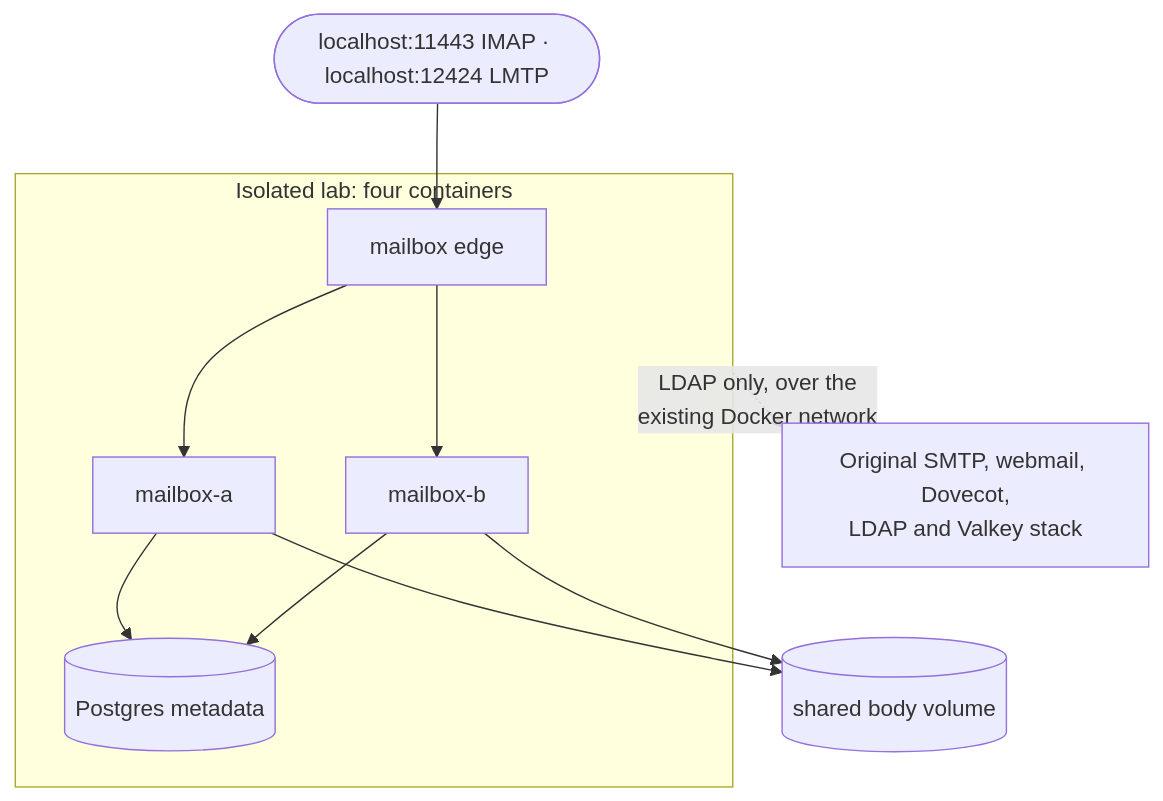
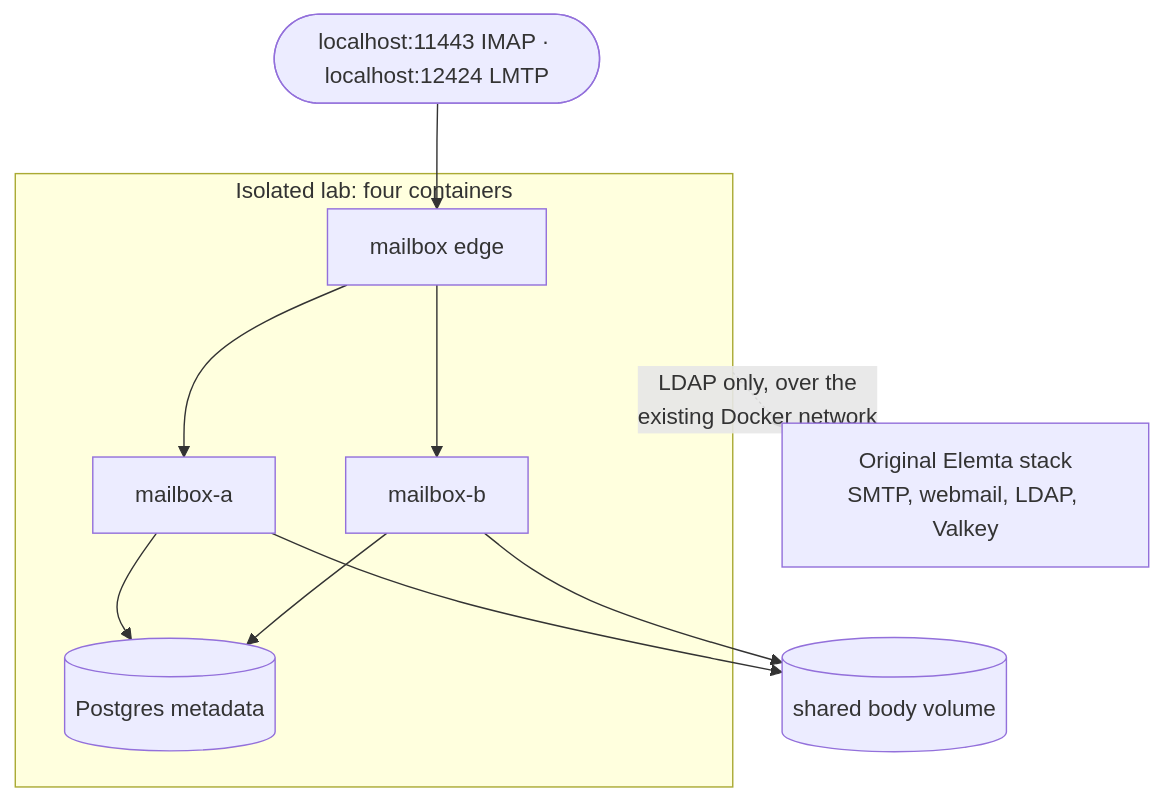
The diagram in docs/diagrams/mailbox-lab.mmd (EvalAlan/elemta), drawn with Mermaid before and after one commit. The commit also changed 1 other file, not shown here.

Commit message:
Docs: drop Dovecot from the mailbox lab diagram
The lab diagram labelled the stack it sits beside as 'SMTP, webmail, Dovecot, LDAP and Valkey'. The lab only borrows that stack's LDAP, and Dovecot is gone from it, so it is now just 'the original Elemta stack'. The Kubernetes diagrams still show Dovecot because the Kubernetes dev overlay still runs it.

```diff
--- a/docs/diagrams/mailbox-lab.mmd
+++ b/docs/diagrams/mailbox-lab.mmd
@@ -1,16 +1,16 @@
 flowchart TB
     ports(["localhost:11443 IMAP · localhost:12424 LMTP"])
     subgraph lab["Isolated lab: four containers"]
         edge["mailbox edge"]
         a["mailbox-a"]
         b["mailbox-b"]
         pg[("Postgres metadata")]
     end
     bodies[("shared body volume")]
-    stack["Original SMTP, webmail, Dovecot,<br/>LDAP and Valkey stack"]
+    stack["Original Elemta stack<br/>SMTP, webmail, LDAP, Valkey"]
 
     ports --> edge
     edge --> a & b
     a & b --> pg
     a & b --> bodies
     lab -. "LDAP only, over the<br/>existing Docker network" .-> stack
```
